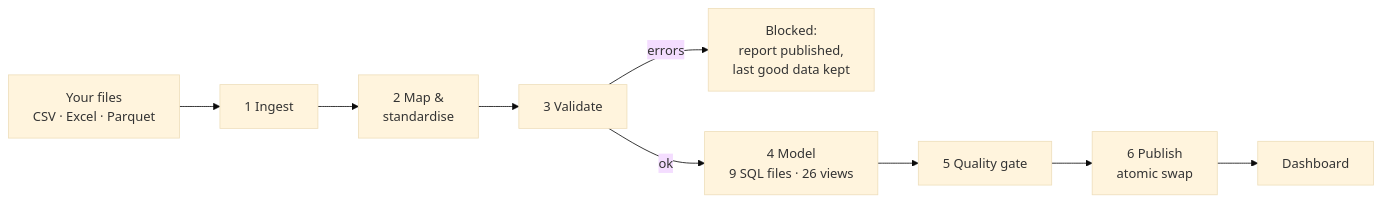
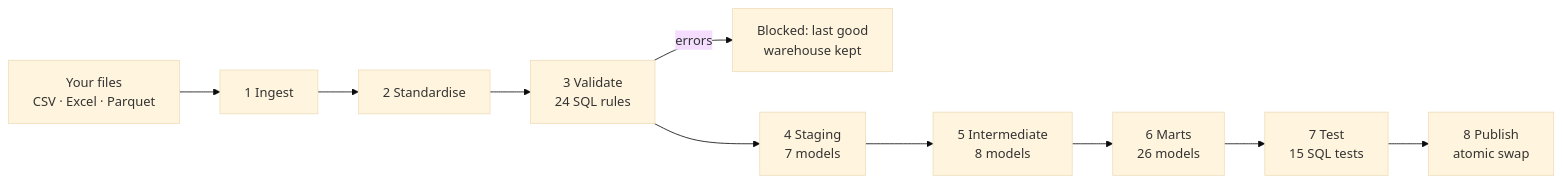
One commit to Pemalahmad/FleetOps-KPI-Dashboard changed the diagram in README.md. Above: the diagram before and after it, drawn with Mermaid (base theme). The commit also changed other lines of this file and 123 other files, not shown here.

First line of the commit message:
fleetkpi 0.3: dbt-style SQL pipeline, new KPIs, chart-first light/dark UI

````diff
--- a/README.md
+++ b/README.md
@@ -69,6 +49,6 @@
 ```mermaid
 flowchart LR
-    F["Your files<br/>CSV · Excel · Parquet"] --> I["1 Ingest"] --> M["2 Map &<br/>standardise"] --> V["3 Validate"]
-    V -- errors --> X["Blocked:<br/>report published,<br/>last good data kept"]
-    V -- ok --> MO["4 Model<br/>9 SQL files · 26 views"] --> Q["5 Quality gate"] --> P["6 Publish<br/>atomic swap"] --> D["Dashboard"]
+    F["Your files<br/>CSV · Excel · Parquet"] --> I["1 Ingest"] --> S["2 Standardise"] --> V["3 Validate<br/>24 SQL rules"]
+    V -- errors --> X["Blocked: last good<br/>warehouse kept"]
+    V --> ST["4 Staging<br/>7 models"] --> IN["5 Intermediate<br/>8 models"] --> M["6 Marts<br/>26 models"] --> T["7 Test<br/>15 SQL tests"] --> P["8 Publish<br/>atomic swap"]
 ```
````
